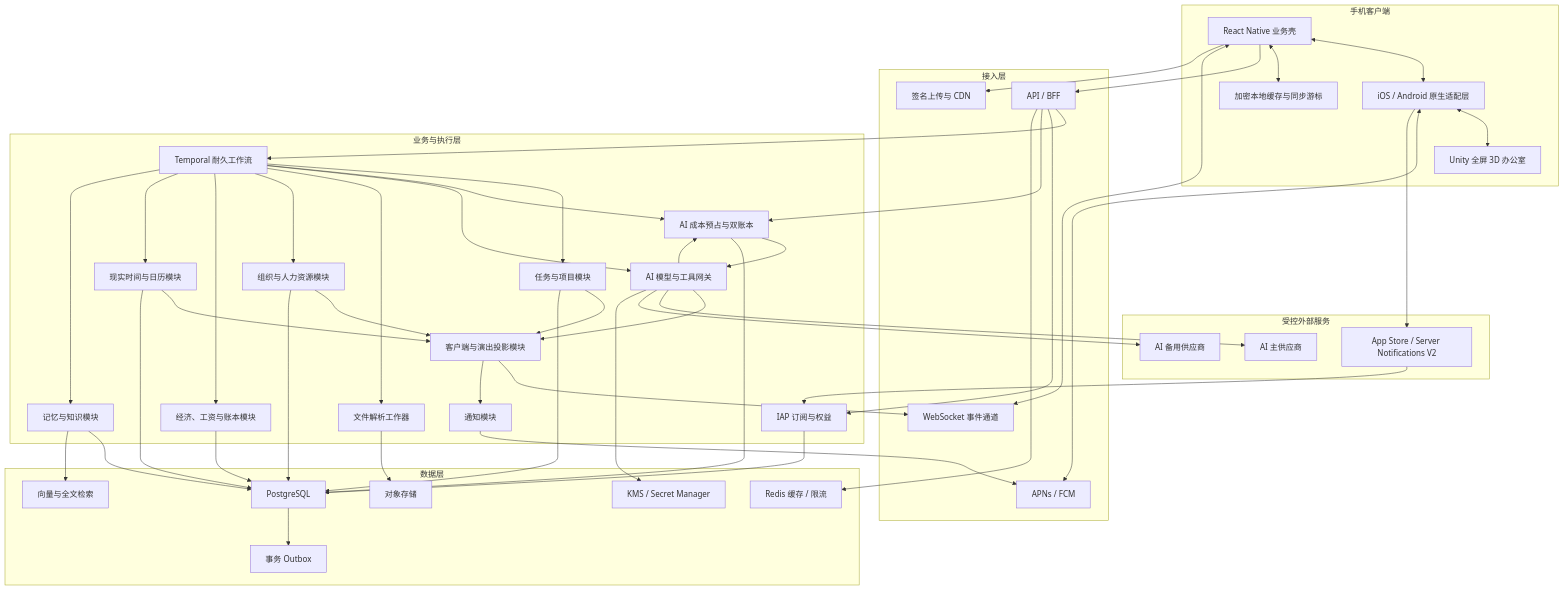
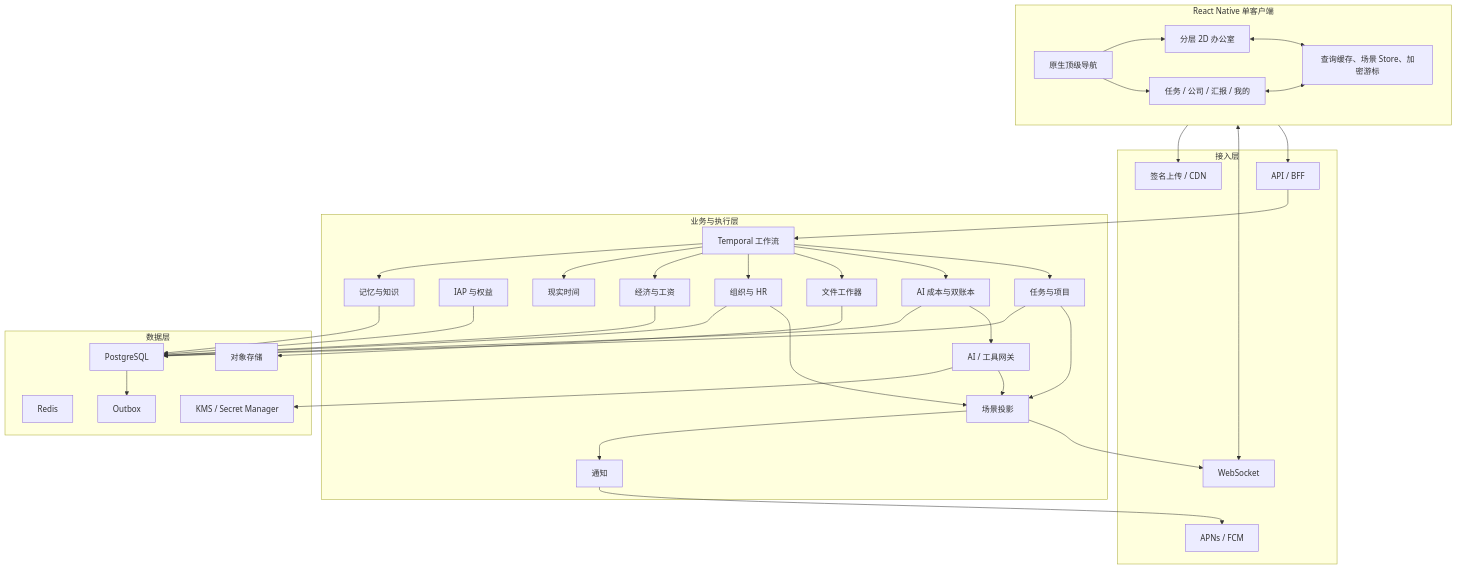
Before and after one commit to qiaopengg/Digital-employee: the first of 2 diagrams in 技术设计.md, drawn with Mermaid. The commit also changed other lines of this file and 4 other files, not shown here.

````diff
--- a/技术设计.md
+++ b/技术设计.md
@@ -153,90 +98,67 @@
 ```mermaid
 flowchart TB
-    subgraph Mobile["手机客户端"]
-        RN["React Native 业务壳"]
-        Native["iOS / Android 原生适配层"]
-        Unity["Unity 全屏 3D 办公室"]
-        Cache["加密本地缓存与同步游标"]
-        RN <--> Native
-        Native <--> Unity
-        RN <--> Cache
-    end
-
-    subgraph Edge["接入层"]
-        API["API / BFF"]
-        Realtime["WebSocket 事件通道"]
-        Push["APNs / FCM"]
-        Upload["签名上传与 CDN"]
-    end
-
-    subgraph Services["业务与执行层"]
-        Workflow["Temporal 耐久工作流"]
-        Task["任务与项目模块"]
-        Billing["IAP 订阅与权益"]
-        Budget["AI 成本预占与双账本"]
-        AI["AI 模型与工具网关"]
-        File["文件解析工作器"]
-        HR["组织与人力资源模块"]
-        Economy["经济、工资与账本模块"]
-        Time["现实时间与日历模块"]
-        Memory["记忆与知识模块"]
-        Projection["客户端与演出投影模块"]
-        Notify["通知模块"]
-    end
-
-    subgraph Data["数据层"]
-        PG["PostgreSQL"]
-        Redis["Redis 缓存 / 限流"]
-        Object["对象存储"]
-        Vector["向量与全文检索"]
-        Outbox["事务 Outbox"]
-        Secrets["KMS / Secret Manager"]
-    end
-
-    subgraph External["受控外部服务"]
-        Apple["App Store / Server Notifications V2"]
-        ProviderA["AI 主供应商"]
-        ProviderB["AI 备用供应商"]
-    end
-
-    RN --> API
-    RN <--> Realtime
-    Native <--> Push
-    RN --> Upload
-    Native --> Apple
-    Apple --> Billing
-    API --> Workflow
-    API --> Billing
-    API --> Budget
-    Workflow --> Task
-    Workflow --> Budget
-    Budget --> AI
-    Workflow --> AI
-    Workflow --> File
-    Workflow --> HR
-    Workflow --> Economy
-    Workflow --> Time
-    Workflow --> Memory
-    Task --> Projection
-    AI --> Projection
-    AI --> ProviderA
-    AI --> ProviderB
-    AI --> Secrets
-    AI --> Budget
-    HR --> Projection
-    Time --> Projection
-    Projection --> Realtime
-    Projection --> Notify
-    Notify --> Push
-    Task --> PG
-    HR --> PG
-    Economy --> PG
-    Time --> PG
-    Memory --> PG
-    Memory --> Vector
-    File --> Object
-    API --> Redis
-    Billing --> PG
-    Budget --> PG
-    PG --> Outbox
+  subgraph Mobile["React Native 单客户端"]
+    Nav["原生顶级导航"]
+    Office["分层 2D 办公室"]
+    Pages["任务 / 公司 / 汇报 / 我的"]
+    Store["查询缓存、场景 Store、加密游标"]
+    Nav --> Office
+    Nav --> Pages
+    Office <--> Store
+    Pages <--> Store
+  end
+  subgraph Edge["接入层"]
+    API["API / BFF"]
+    RT["WebSocket"]
+    Push["APNs / FCM"]
+    Upload["签名上传 / CDN"]
+  end
+  subgraph Services["业务与执行层"]
+    WF["Temporal 工作流"]
+    Task["任务与项目"]
+    Billing["IAP 与权益"]
+    Cost["AI 成本与双账本"]
+    AI["AI / 工具网关"]
+    File["文件工作器"]
+    HR["组织与 HR"]
+    Eco["经济与工资"]
+    Time["现实时间"]
+    Memory["记忆与知识"]
+    Proj["场景投影"]
+    Notify["通知"]
+  end
+  subgraph Data["数据层"]
+    PG["PostgreSQL"]
+    Redis["Redis"]
+    Object["对象存储"]
+    Outbox["Outbox"]
+    Secrets["KMS / Secret Manager"]
+  end
+  Mobile --> API
+  Mobile <--> RT
+  Mobile --> Upload
+  API --> WF
+  WF --> Task
+  WF --> Cost
+  Cost --> AI
+  WF --> File
+  WF --> HR
+  WF --> Eco
+  WF --> Time
+  WF --> Memory
+  Task --> Proj
+  AI --> Proj
+  HR --> Proj
+  Proj --> RT
+  Proj --> Notify
+  Notify --> Push
+  Task --> PG
+  Billing --> PG
+  Cost --> PG
+  HR --> PG
+  Eco --> PG
+  Memory --> PG
+  PG --> Outbox
+  File --> Object
+  AI --> Secrets
 ```
````
